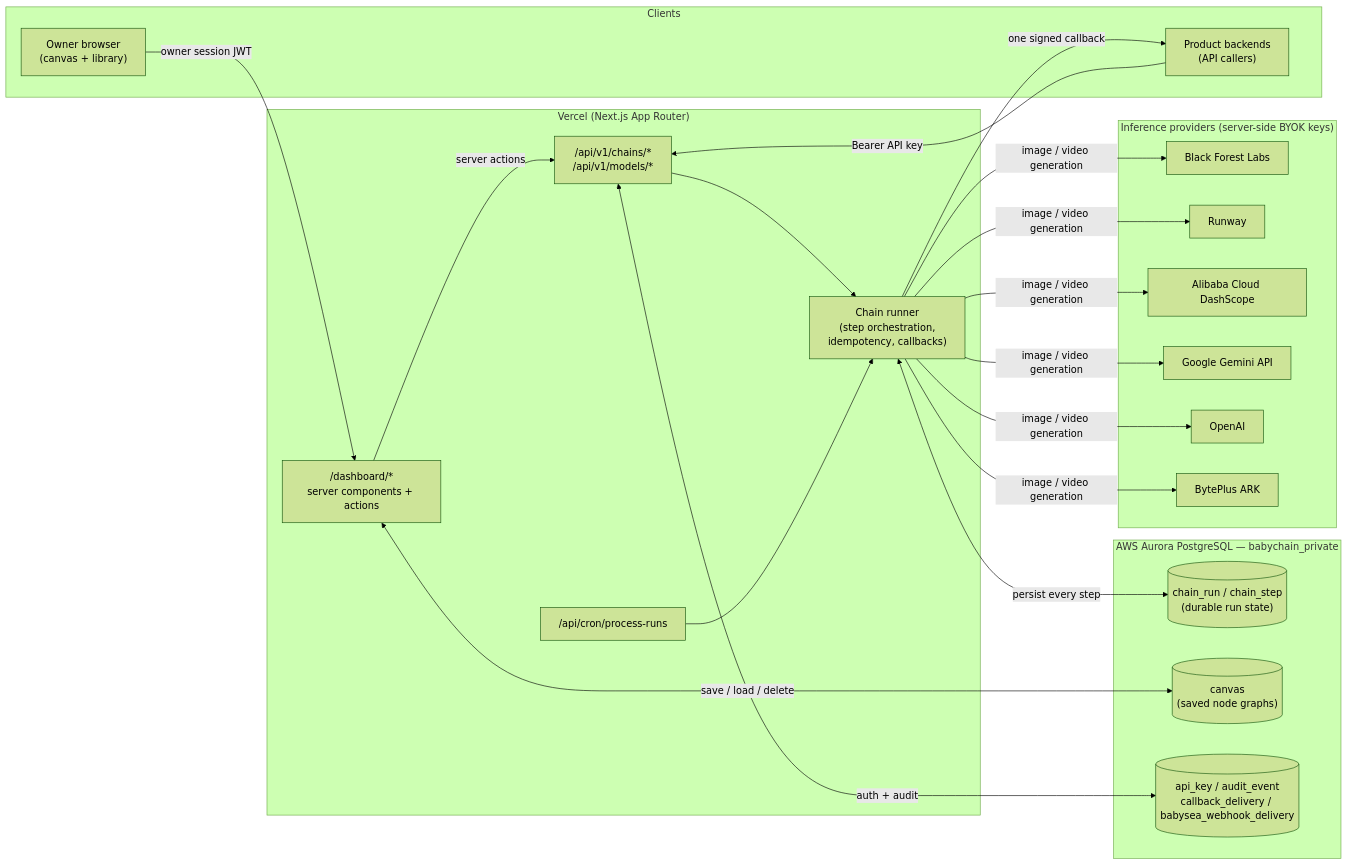
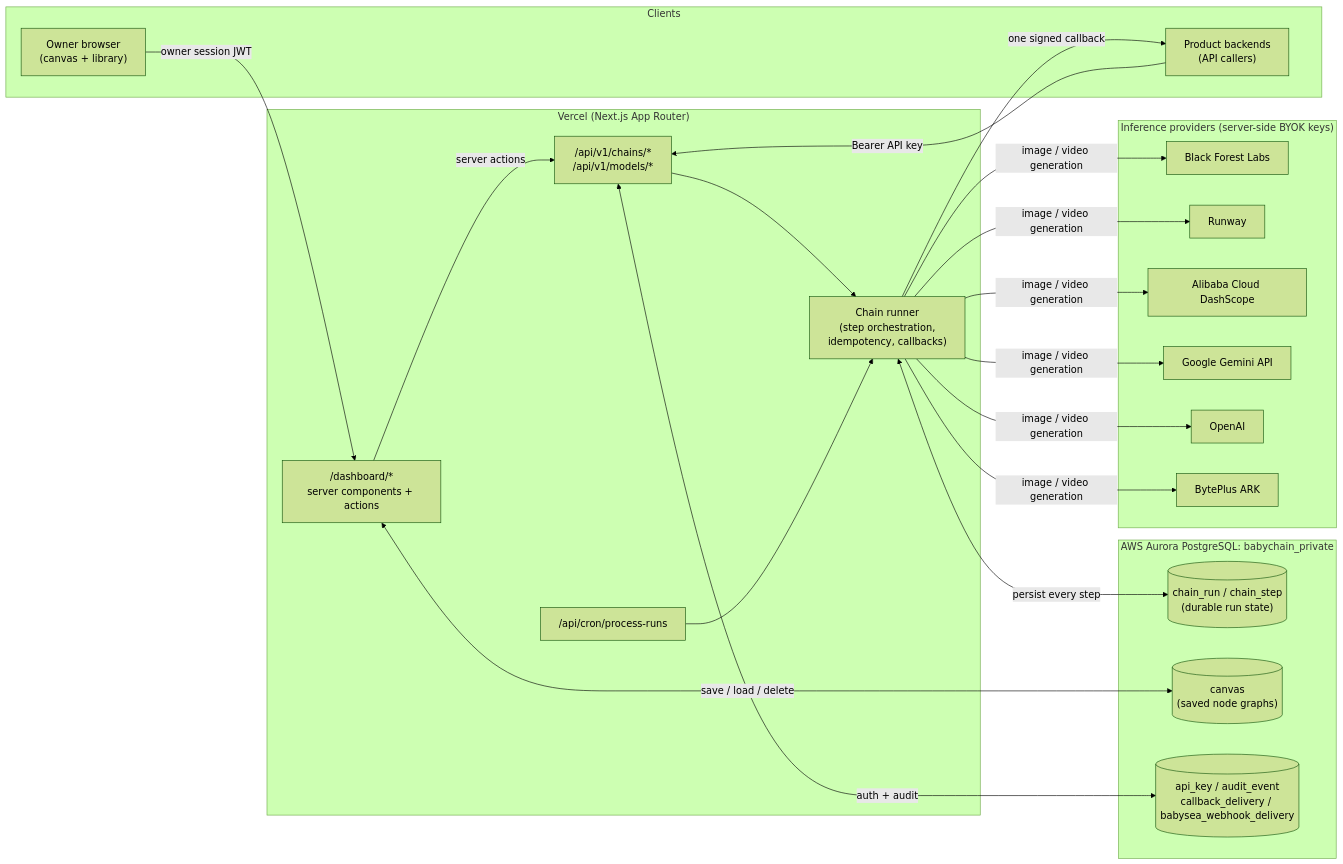
The diagram in README.md (babysea-community/babychain), drawn with Mermaid (forest theme) before and after one commit. The commit also changed other lines of this file and 2 other files, not shown here.

First line of the commit message:
Deploy babychain OSS: 004

````diff
--- a/README.md
+++ b/README.md
@@ -142,40 +146,40 @@
 ```mermaid
 flowchart LR
     subgraph Clients
         OWNER["Owner browser<br/>(canvas + library)"]
         APP["Product backends<br/>(API callers)"]
     end
 
     subgraph Vercel["Vercel (Next.js App Router)"]
         UI["/dashboard/*<br/>server components + actions"]
         API["/api/v1/chains/*<br/>/api/v1/models/*"]
         RUNNER["Chain runner<br/>(step orchestration,<br/>idempotency, callbacks)"]
         CRON["/api/cron/process-runs"]
     end
 
-    subgraph AWS["AWS Aurora PostgreSQL — babychain_private"]
+    subgraph AWS["AWS Aurora PostgreSQL: babychain_private"]
         RUNS[("chain_run / chain_step<br/>(durable run state)")]
         CANVAS[("canvas<br/>(saved node graphs)")]
         KEYS[("api_key / audit_event<br/>callback_delivery / babysea_webhook_delivery")]
     end
 
     subgraph Providers["Inference providers (server-side BYOK keys)"]
         BFL["Black Forest Labs"]
         RW["Runway"]
         ALI["Alibaba Cloud DashScope"]
         GGL["Google Gemini API"]
         OAI["OpenAI"]
         BP["BytePlus ARK"]
     end
 
     OWNER -->|owner session JWT| UI
     APP -->|Bearer API key| API
     UI -->|server actions| API
     UI <-->|save / load / delete| CANVAS
     API --> RUNNER
     CRON --> RUNNER
     RUNNER <-->|persist every step| RUNS
     API <-->|auth + audit| KEYS
     RUNNER -->|image / video generation| BFL & RW & ALI & GGL & OAI & BP
     RUNNER -->|one signed callback| APP
 ```
````
